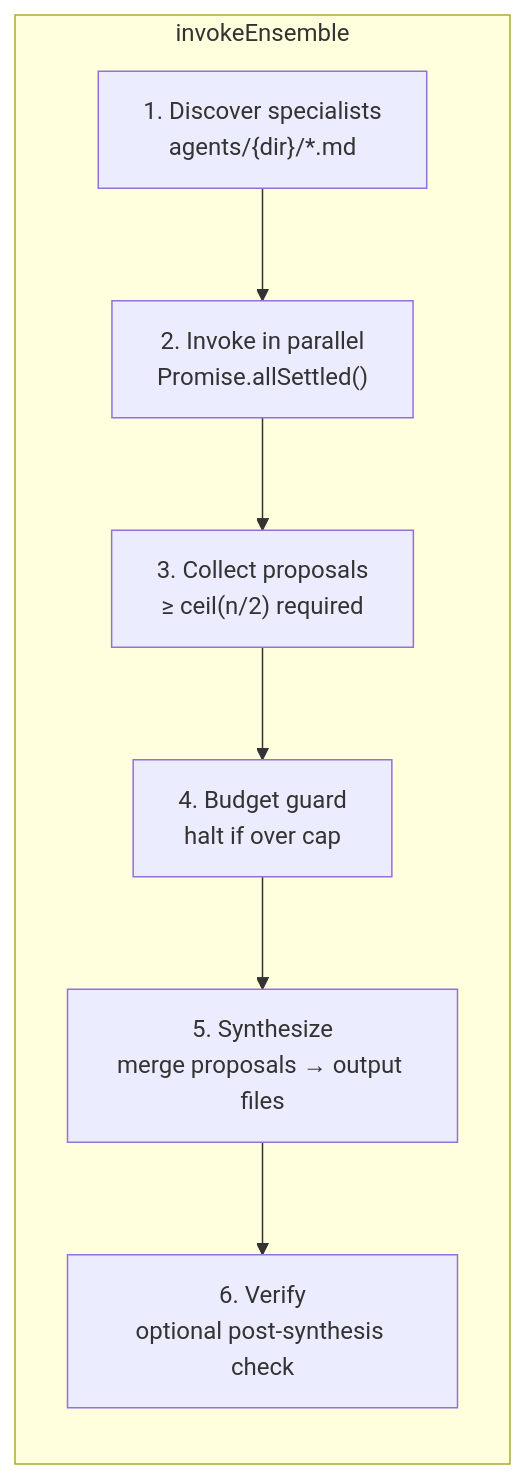
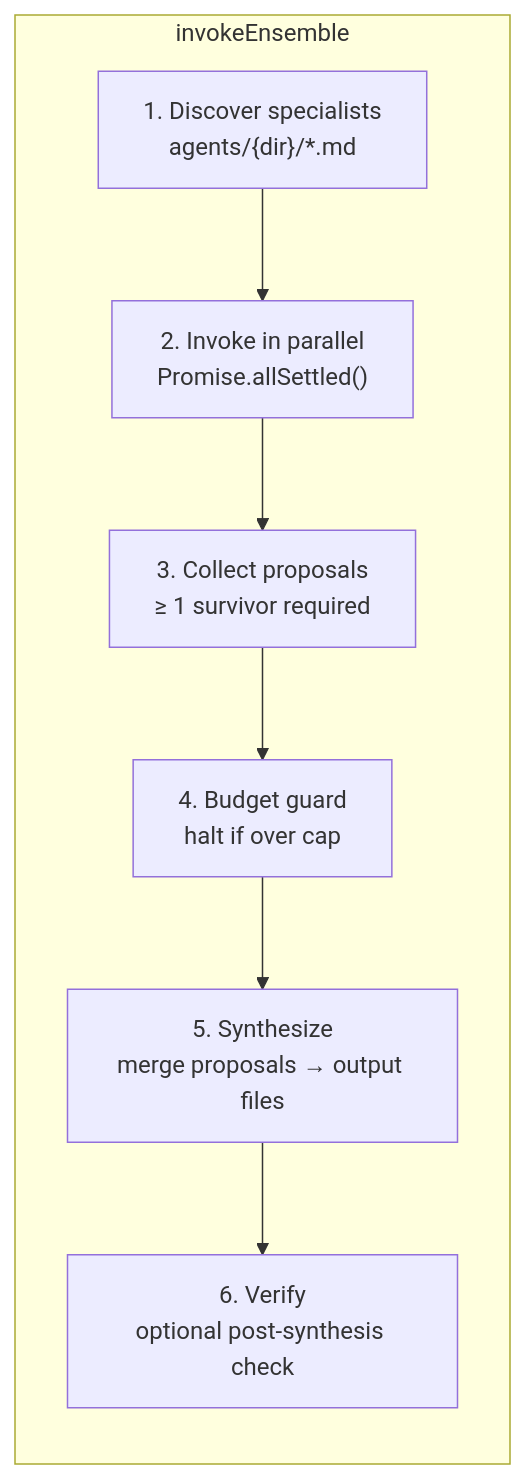
One commit to robmclarty/ridgeline changed the first of 6 diagrams in docs/ensemble-flows.md. Above: the diagram before and after it, drawn with Mermaid. The commit also changed other lines of this file and 12 other files, not shown here.

````diff
--- a/docs/ensemble-flows.md
+++ b/docs/ensemble-flows.md
@@ -23,14 +23,14 @@
 ```mermaid
 flowchart TB
     subgraph engine ["invokeEnsemble<TDraft>"]
         direction TB
         discover["1. Discover specialists\nagents/{dir}/*.md"]
         invoke["2. Invoke in parallel\nPromise.allSettled()"]
-        collect["3. Collect proposals\n≥ ceil(n/2) required"]
+        collect["3. Collect proposals\n≥ 1 survivor required"]
         budget["4. Budget guard\nhalt if over cap"]
         synth["5. Synthesize\nmerge proposals → output files"]
         verify["6. Verify\noptional post-synthesis check"]
 
         discover --> invoke --> collect --> budget --> synth --> verify
     end
 ```
````
